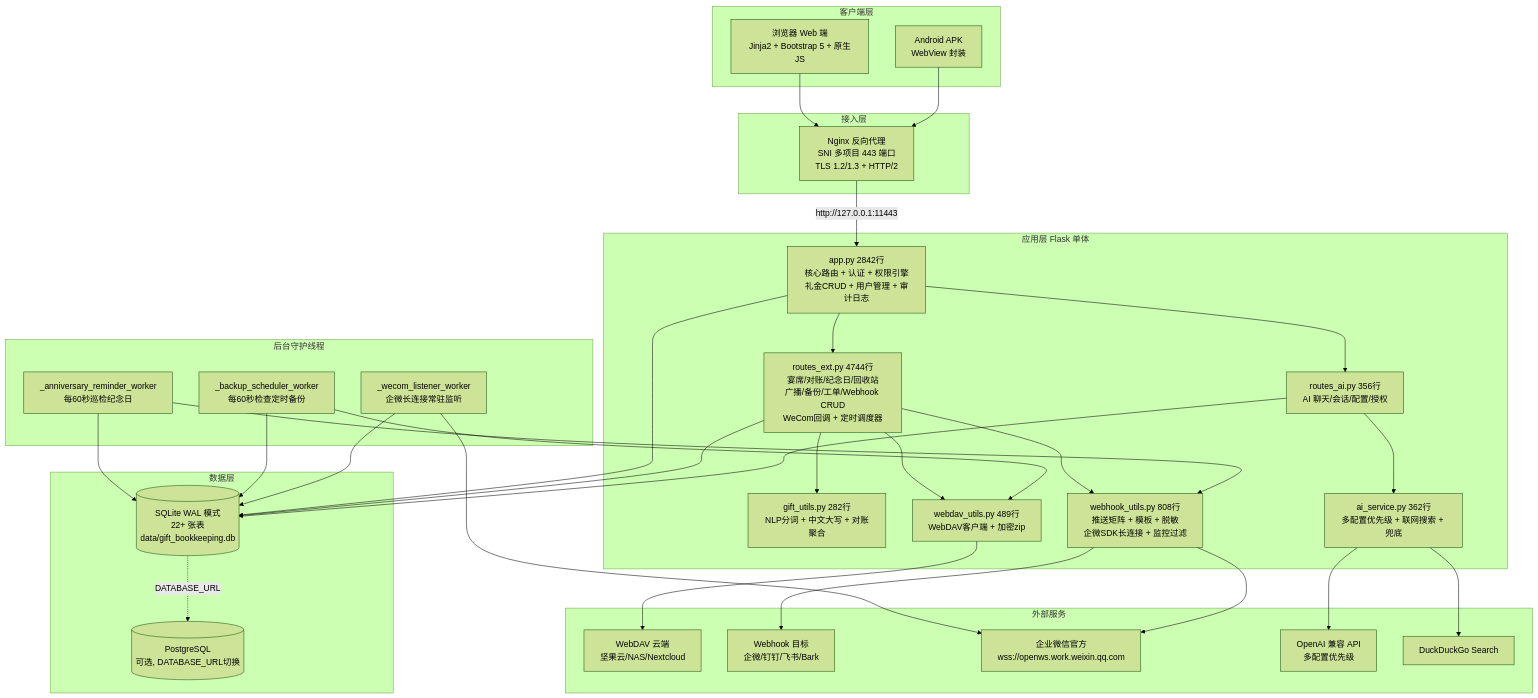
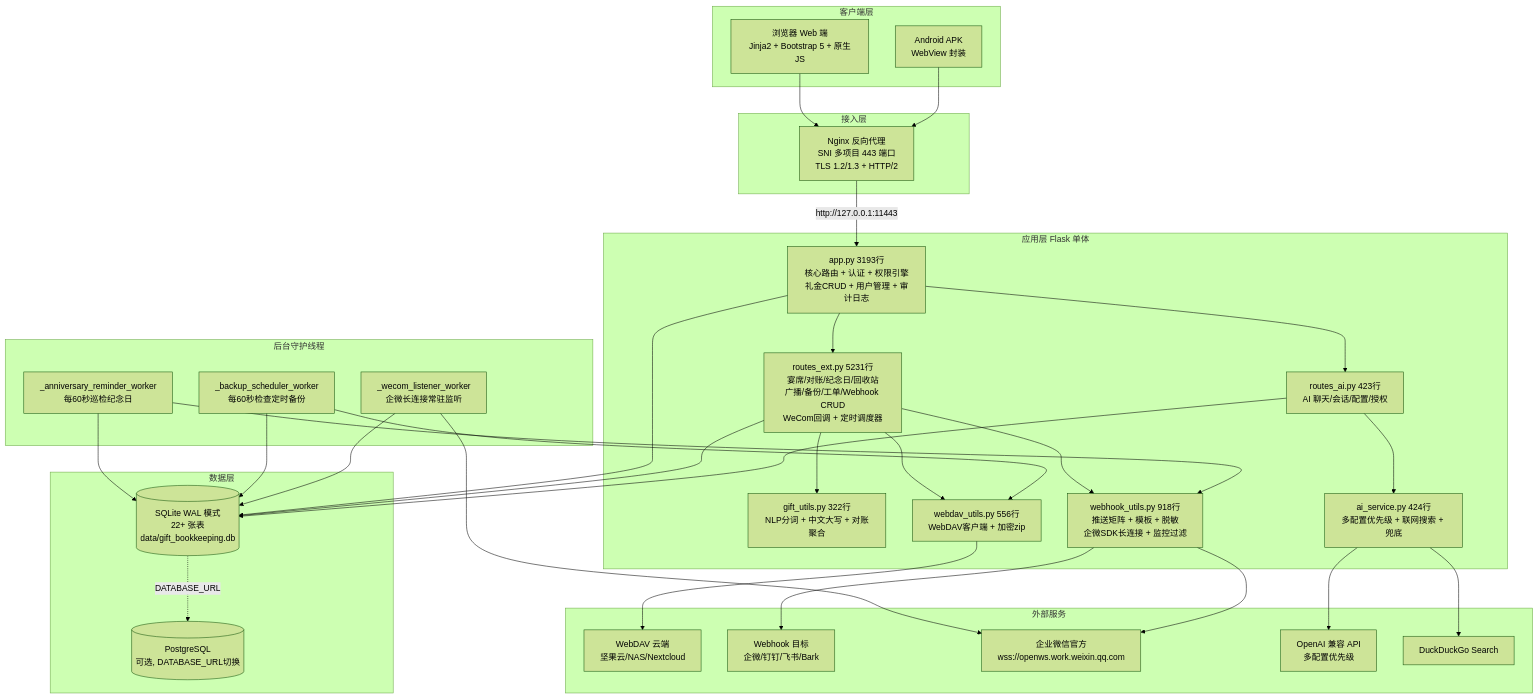
Before and after one commit to 18227370901/gift-bookkeeping-app: the first of 4 diagrams in PSD_Design_Document.md, drawn with Mermaid (forest theme). The commit also changed other lines of this file and 1 other file, not shown here.

````diff
--- a/PSD_Design_Document.md
+++ b/PSD_Design_Document.md
@@ -144,68 +149,68 @@
 ```mermaid
 graph TB
     subgraph "客户端层"
         WEB[浏览器 Web 端<br/>Jinja2 + Bootstrap 5 + 原生JS]
         APK[Android APK<br/>WebView 封装]
     end
 
     subgraph "接入层"
         NGINX[Nginx 反向代理<br/>SNI 多项目 443 端口<br/>TLS 1.2/1.3 + HTTP/2]
     end
 
     subgraph "应用层 Flask 单体"
-        APP[app.py 2842行<br/>核心路由 + 认证 + 权限引擎<br/>礼金CRUD + 用户管理 + 审计日志]
-        EXT[routes_ext.py 4744行<br/>宴席/对账/纪念日/回收站<br/>广播/备份/工单/Webhook CRUD<br/>WeCom回调 + 定时调度器]
-        AI[routes_ai.py 356行<br/>AI 聊天/会话/配置/授权]
-        GIFT[gift_utils.py 282行<br/>NLP分词 + 中文大写 + 对账聚合]
-        WHK[webhook_utils.py 808行<br/>推送矩阵 + 模板 + 脱敏<br/>企微SDK长连接 + 监控过滤]
-        WDV[webdav_utils.py 489行<br/>WebDAV客户端 + 加密zip]
-        AIS[ai_service.py 362行<br/>多配置优先级 + 联网搜索 + 兜底]
+        APP[app.py 3193行<br/>核心路由 + 认证 + 权限引擎<br/>礼金CRUD + 用户管理 + 审计日志]
+        EXT[routes_ext.py 5231行<br/>宴席/对账/纪念日/回收站<br/>广播/备份/工单/Webhook CRUD<br/>WeCom回调 + 定时调度器]
+        AI[routes_ai.py 423行<br/>AI 聊天/会话/配置/授权]
+        GIFT[gift_utils.py 322行<br/>NLP分词 + 中文大写 + 对账聚合]
+        WHK[webhook_utils.py 918行<br/>推送矩阵 + 模板 + 脱敏<br/>企微SDK长连接 + 监控过滤]
+        WDV[webdav_utils.py 556行<br/>WebDAV客户端 + 加密zip]
+        AIS[ai_service.py 424行<br/>多配置优先级 + 联网搜索 + 兜底]
     end
 
     subgraph "后台守护线程"
         T1[_anniversary_reminder_worker<br/>每60秒巡检纪念日]
         T2[_backup_scheduler_worker<br/>每60秒检查定时备份]
         T3[_wecom_listener_worker<br/>企微长连接常驻监听]
     end
 
     subgraph "数据层"
         SQLite[(SQLite WAL 模式<br/>22+ 张表<br/>data/gift_bookkeeping.db)]
         PG[(PostgreSQL<br/>可选, DATABASE_URL切换)]
     end
 
     subgraph "外部服务"
         WDAV[WebDAV 云端<br/>坚果云/NAS/Nextcloud]
         WHK_EXT[Webhook 目标<br/>企微/钉钉/飞书/Bark]
         WECOM[企业微信官方<br/>wss://openws.work.weixin.qq.com]
         OPENAI[OpenAI 兼容 API<br/>多配置优先级]
         DDG[DuckDuckGo Search]
     end
 
     WEB --> NGINX
     APK --> NGINX
     NGINX -->|http://127.0.0.1:11443| APP
     APP --> EXT
     APP --> AI
     EXT --> GIFT
     EXT --> WHK
     EXT --> WDV
     AI --> AIS
 
     APP --> SQLite
     EXT --> SQLite
     AI --> SQLite
     SQLite -.->|DATABASE_URL| PG
 
     T1 --> SQLite
     T1 --> WHK
     T2 --> SQLite
     T2 --> WDV
     T3 --> WECOM
     T3 --> SQLite
 
     WDV --> WDAV
     WHK --> WHK_EXT
     WHK --> WECOM
     AIS --> OPENAI
     AIS --> DDG
 ```
````
